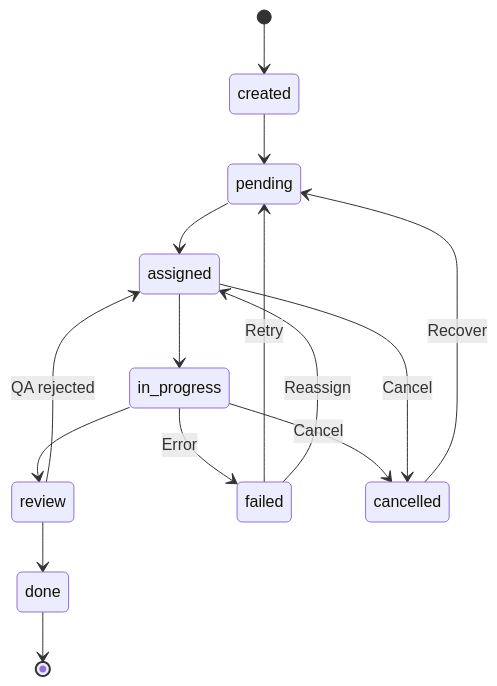
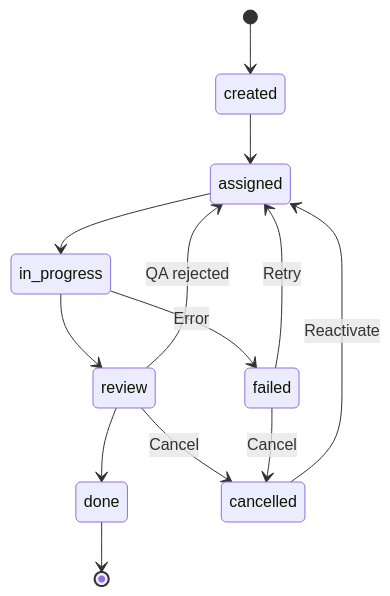
One commit to JohnPitter/agenthub-plugin changed the second of 2 diagrams in README.md. Above: the diagram before and after it, drawn with Mermaid. The commit also changed other lines of this file and 1250 other files, not shown here.

````diff
--- a/README.md
+++ b/README.md
@@ -177,18 +215,16 @@
 ```mermaid
 stateDiagram-v2
     [*] --> created
-    created --> pending
-    pending --> assigned
+    created --> assigned
     assigned --> in_progress
     in_progress --> review
     review --> done
     done --> [*]
 
     review --> assigned : QA rejected
     in_progress --> failed : Error
-    failed --> pending : Retry
-    failed --> assigned : Reassign
-    in_progress --> cancelled : Cancel
-    assigned --> cancelled : Cancel
-    cancelled --> pending : Recover
+    failed --> assigned : Retry
+    review --> cancelled : Cancel
+    failed --> cancelled : Cancel
+    cancelled --> assigned : Reactivate
 ```
````
